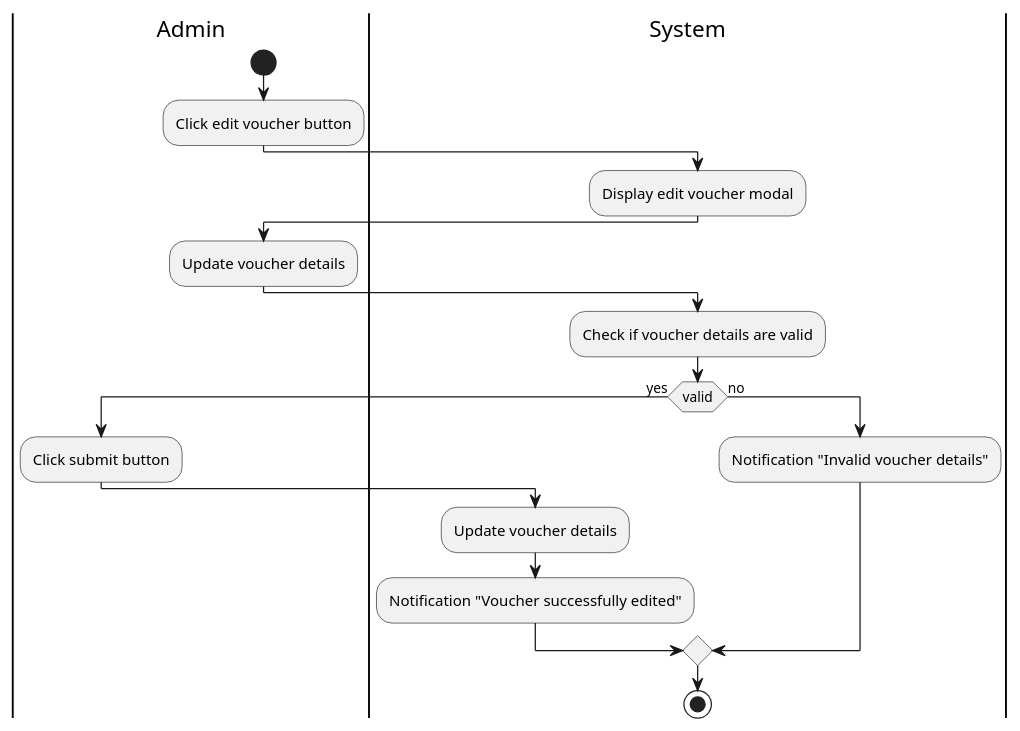
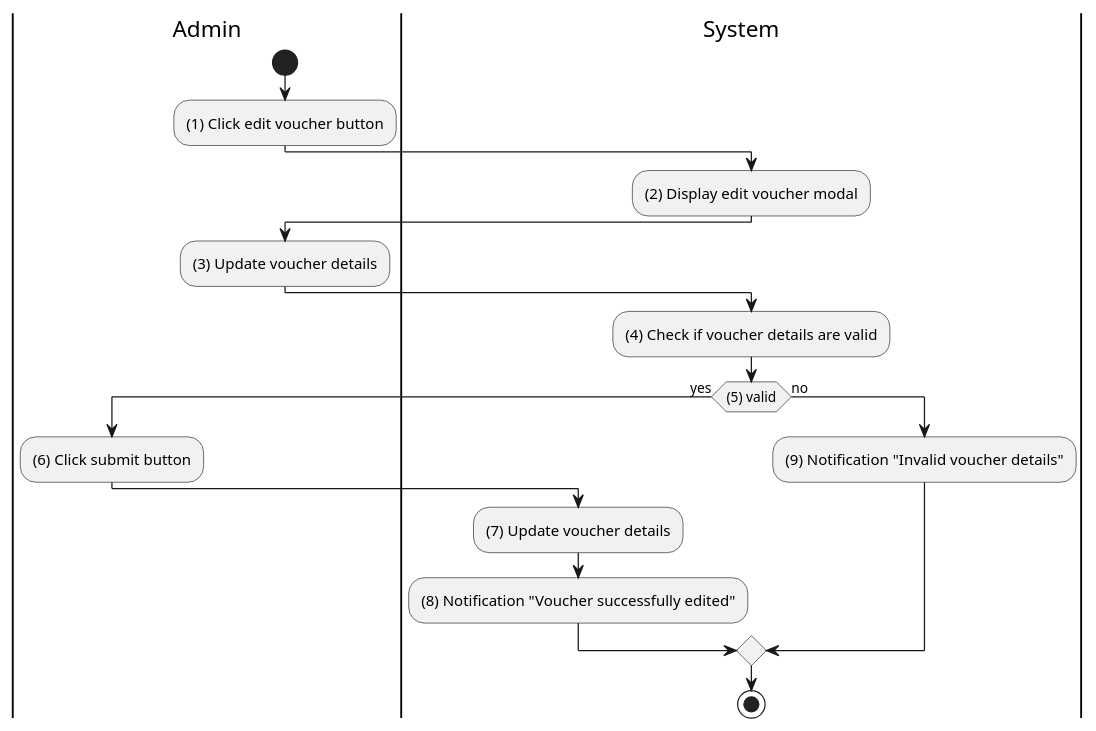
One commit to tuankietcoderr/SE357-Practice-class changed the diagram in Lab1/Lab1.2/Activity/edit-voucher.puml. Above: the diagram before and after it, drawn with PlantUML. The commit also changed 10 other files, not shown here.

```diff
--- a/Lab1/Lab1.2/Activity/edit-voucher.puml
+++ b/Lab1/Lab1.2/Activity/edit-voucher.puml
@@ -1,22 +1,22 @@
 @startuml Edit voucher
 |Admin|
 start
-:Click edit voucher button;
+:(1) Click edit voucher button;
 |System|
-:Display edit voucher modal;
+:(2) Display edit voucher modal;
 |Admin|
-:Update voucher details;
+:(3) Update voucher details;
 |System|
-:Check if voucher details are valid;
-if (valid) then (yes)
+:(4) Check if voucher details are valid;
+if ((5) valid) then (yes)
 |Admin|
-:Click submit button;
+:(6) Click submit button;
 |System|
-:Update voucher details;
-:Notification "Voucher successfully edited";
+:(7) Update voucher details;
+:(8) Notification "Voucher successfully edited";
 else (no)
 |System|
-:Notification "Invalid voucher details";
+:(9) Notification "Invalid voucher details";
 endif
 stop
 @enduml
```
